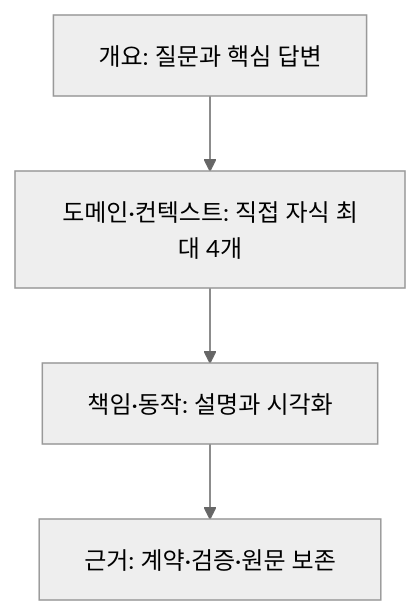
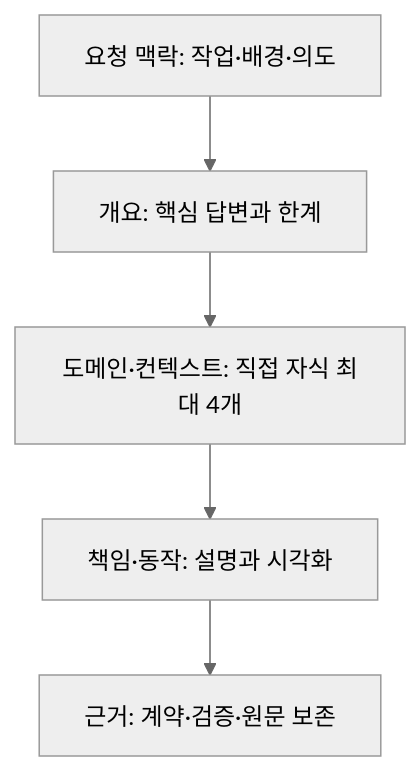
One commit to haandol/alps-writer-plugins changed the diagram in docs/adr/reporting/domain-navigation/0001-domain-first-report-navigation.md. Above: the diagram before and after it, drawn with Mermaid (neutral theme). The commit also changed other lines of this file and 124 other files, not shown here.

````diff
--- a/docs/adr/reporting/domain-navigation/0001-domain-first-report-navigation.md
+++ b/docs/adr/reporting/domain-navigation/0001-domain-first-report-navigation.md
@@ -44,6 +46,7 @@
 ```mermaid
 flowchart TD
-    A["개요: 질문과 핵심 답변"] --> B["도메인·컨텍스트: 직접 자식 최대 4개"]
+    R["요청 맥락: 작업·배경·의도"] --> A["개요: 핵심 답변과 한계"]
+    A --> B["도메인·컨텍스트: 직접 자식 최대 4개"]
     B --> C["책임·동작: 설명과 시각화"]
     C --> D["근거: 계약·검증·원문 보존"]
 ```
````
